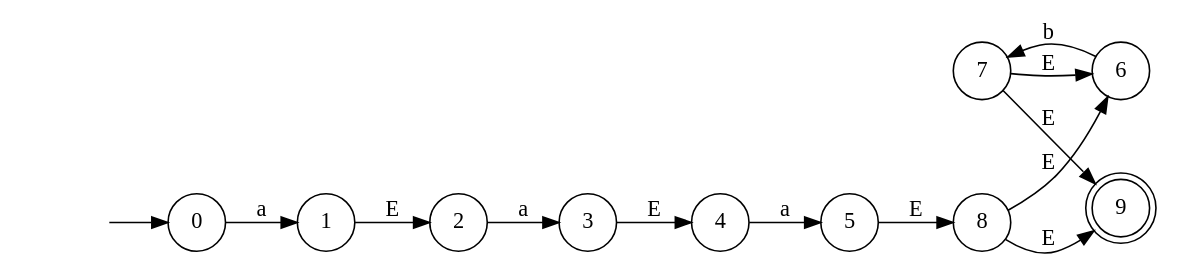
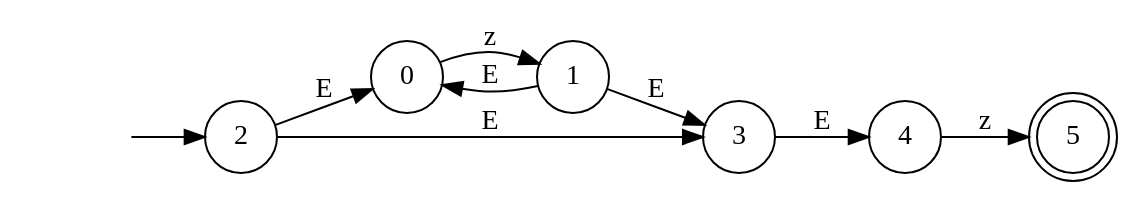
The diagram in docs/automataAFN.dot (CrisLayB/ProgrammingLanguageDesign), drawn with Graphviz before and after one commit. The commit also changed 7 other files, not shown here.

```diff
--- a/docs/automataAFN.dot
+++ b/docs/automataAFN.dot
@@ -1,22 +1,18 @@
 digraph "Resultado Automata" {
 rankdir=LR size="8,5"
 node [shape=doublecircle]
-9
+5
 node [shape=circle]
-0
+2
 node [shape=none]
 ""
-""-> 0 [label=""]
+""-> 2 [label=""]
 node [shape=circle]
-0 -> 1[label="a"]
-2 -> 3[label="a"]
-1 -> 2[label="E"]
-4 -> 5[label="a"]
+0 -> 1[label="z"]
+1 -> 0[label="E"]
+2 -> 3[label="E"]
+2 -> 0[label="E"]
+1 -> 3[label="E"]
+4 -> 5[label="z"]
 3 -> 4[label="E"]
-6 -> 7[label="b"]
-7 -> 6[label="E"]
-8 -> 9[label="E"]
-8 -> 6[label="E"]
-7 -> 9[label="E"]
-5 -> 8[label="E"]
 }
```
